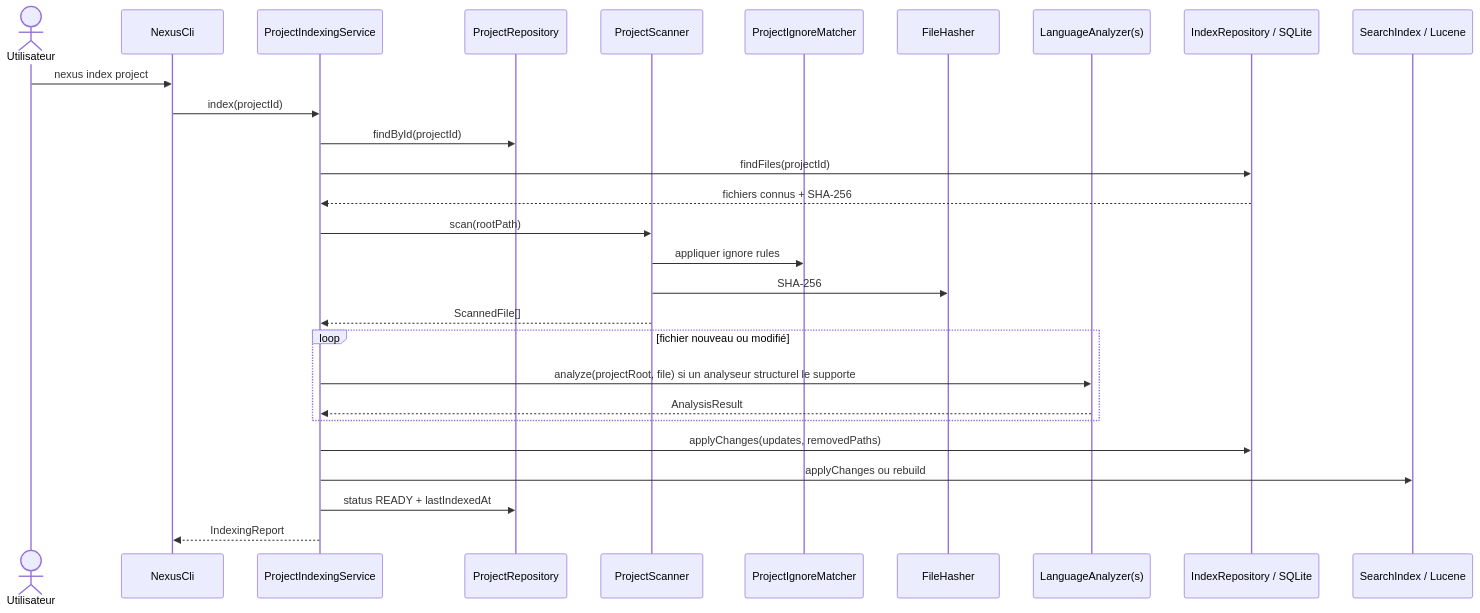
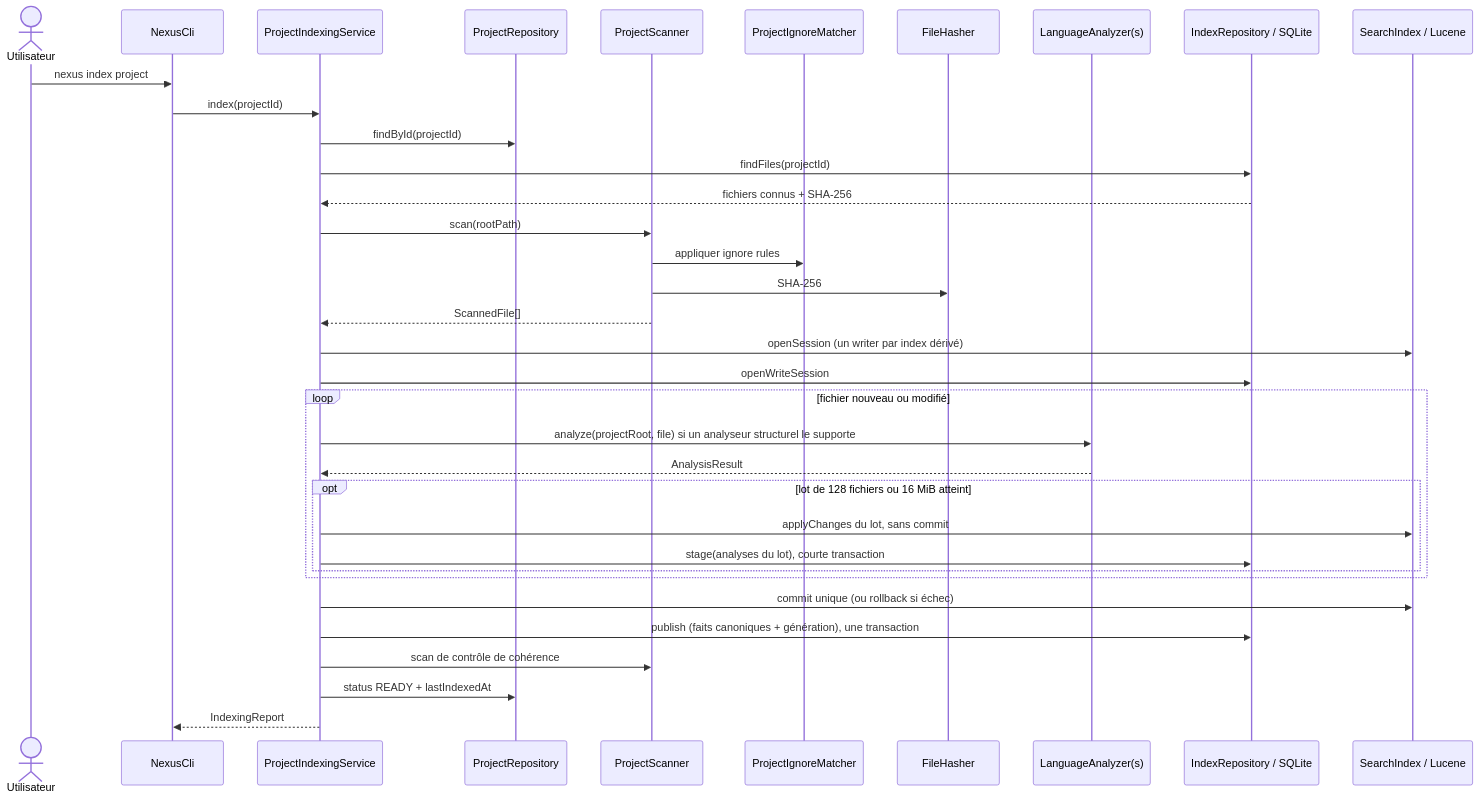
One commit to FTurleque/nexus-context-engine changed the first of 3 diagrams in docs/developer/indexing-pipeline.md. Above: the diagram before and after it, drawn with Mermaid. The commit also changed other lines of this file and 6 other files, not shown here.

````diff
--- a/docs/developer/indexing-pipeline.md
+++ b/docs/developer/indexing-pipeline.md
@@ -21,34 +21,42 @@
 ```mermaid
 sequenceDiagram
     actor User as Utilisateur
     participant CLI as NexusCli
     participant SVC as ProjectIndexingService
     participant Repo as ProjectRepository
     participant Scanner as ProjectScanner
     participant Ignore as ProjectIgnoreMatcher
     participant Hash as FileHasher
     participant Analyzer as LanguageAnalyzer(s)
     participant SQLite as IndexRepository / SQLite
     participant Lucene as SearchIndex / Lucene
 
     User->>CLI: nexus index project
     CLI->>SVC: index(projectId)
     SVC->>Repo: findById(projectId)
     SVC->>SQLite: findFiles(projectId)
     SQLite-->>SVC: fichiers connus + SHA-256
 
     SVC->>Scanner: scan(rootPath)
     Scanner->>Ignore: appliquer ignore rules
     Scanner->>Hash: SHA-256
     Scanner-->>SVC: ScannedFile[]
 
+    SVC->>Lucene: openSession (un writer par index dérivé)
+    SVC->>SQLite: openWriteSession
+
     loop fichier nouveau ou modifié
         SVC->>Analyzer: analyze(projectRoot, file) si un analyseur structurel le supporte
         Analyzer-->>SVC: AnalysisResult
+        opt lot de 128 fichiers ou 16 MiB atteint
+            SVC->>Lucene: applyChanges du lot, sans commit
+            SVC->>SQLite: stage(analyses du lot), courte transaction
+        end
     end
 
-    SVC->>SQLite: applyChanges(updates, removedPaths)
-    SVC->>Lucene: applyChanges ou rebuild
+    SVC->>Lucene: commit unique (ou rollback si échec)
+    SVC->>SQLite: publish (faits canoniques + génération), une transaction
+    SVC->>Scanner: scan de contrôle de cohérence
     SVC->>Repo: status READY + lastIndexedAt
     SVC-->>CLI: IndexingReport
 ```
````
